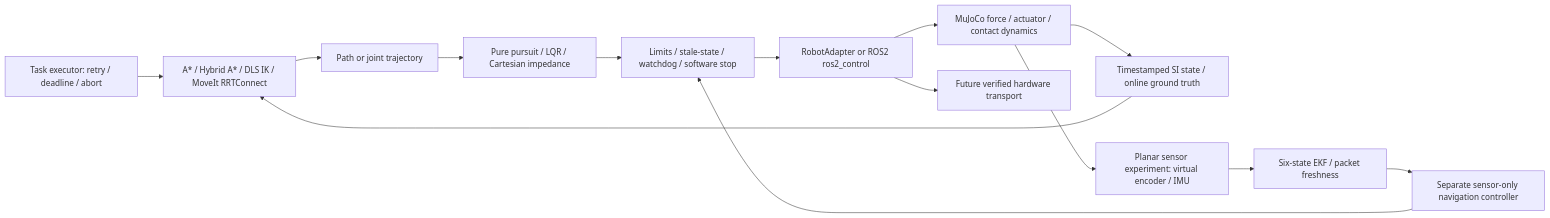
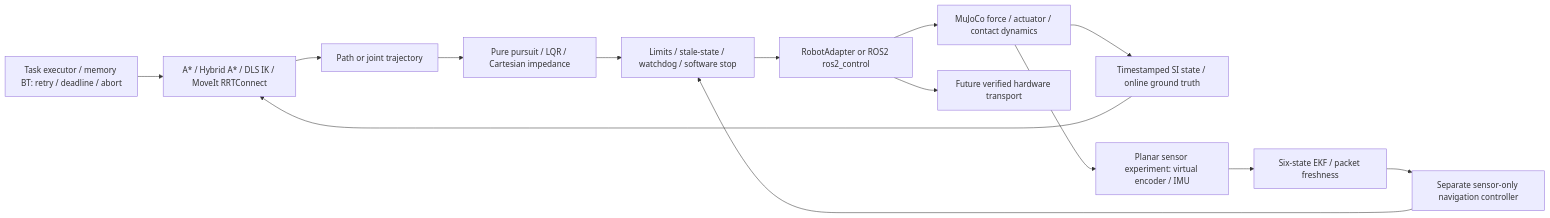
One commit to Leo-7GOAT/EmbodiedSwarm changed the diagram in README.md. Above: the diagram before and after it, drawn with Mermaid. The commit also changed other lines of this file and 8 other files, not shown here.

````diff
--- a/README.md
+++ b/README.md
@@ -17,16 +20,16 @@
 ```mermaid
 flowchart LR
-    Task[Task executor: retry / deadline / abort] --> Plan[A* / Hybrid A* / DLS IK / MoveIt RRTConnect]
+    Task[Task executor / memory BT: retry / deadline / abort] --> Plan[A* / Hybrid A* / DLS IK / MoveIt RRTConnect]
     Plan --> Traj[Path or joint trajectory]
     Traj --> Ctrl[Pure pursuit / LQR / Cartesian impedance]
     Ctrl --> Safe[Limits / stale-state / watchdog / software stop]
     Safe --> HAL[RobotAdapter or ROS2 ros2_control]
     HAL --> Sim[MuJoCo force / actuator / contact dynamics]
     Sim --> State[Timestamped SI state / online ground truth]
     State --> Plan
     Sim --> Sensors[Planar sensor experiment: virtual encoder / IMU]
     Sensors --> EKF[Six-state EKF / packet freshness]
     EKF --> BaseCtrl[Separate sensor-only navigation controller]
     BaseCtrl --> Safe
     HAL --> HW[Future verified hardware transport]
 ```
````
